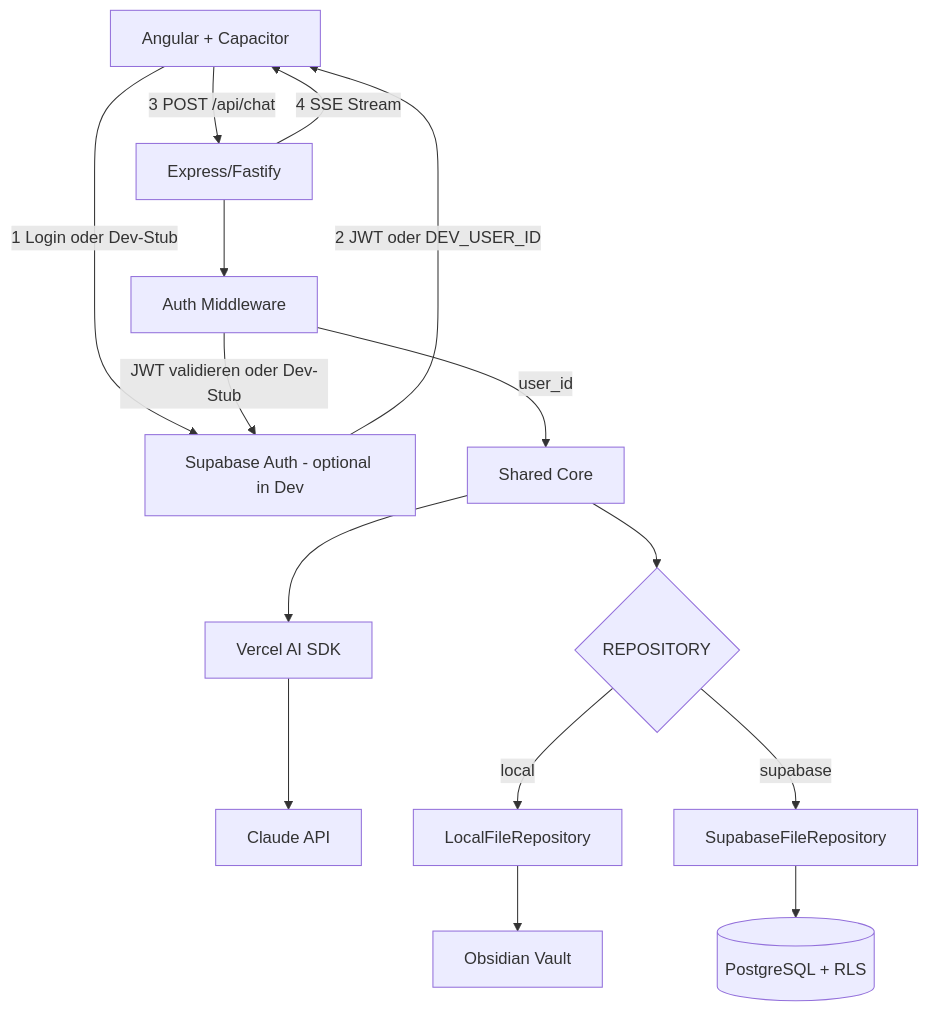
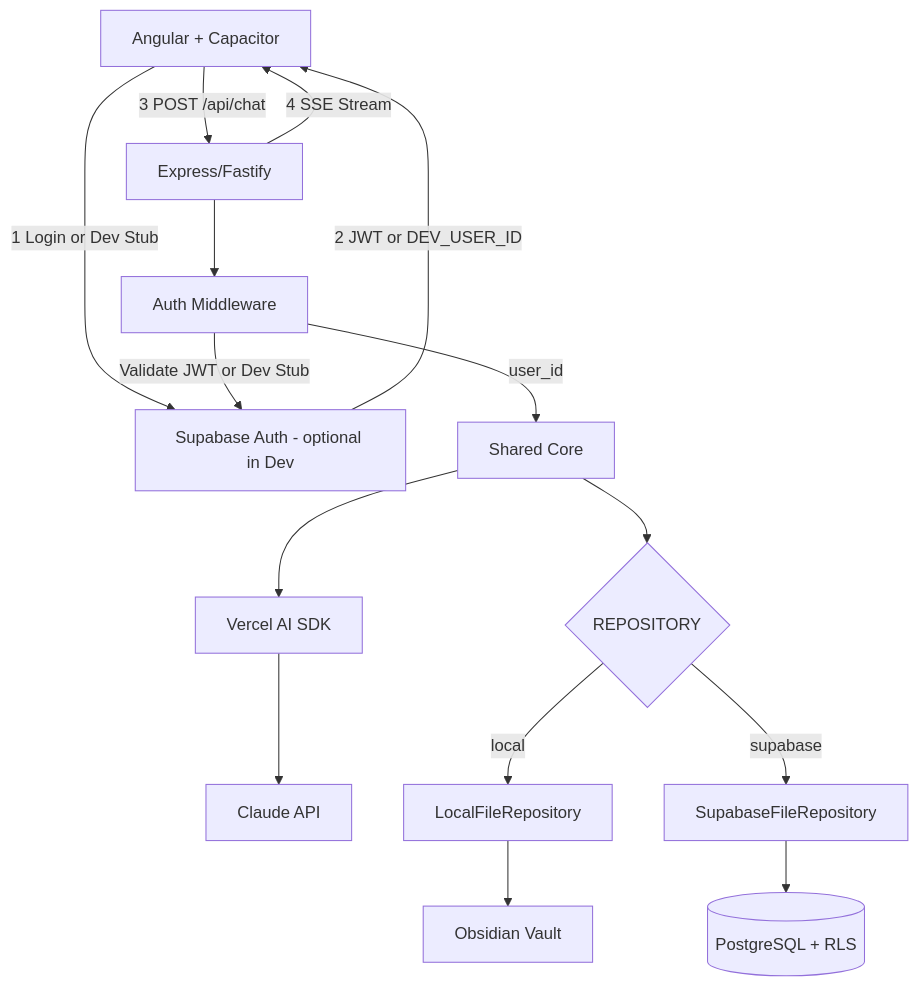
Before and after one commit to lutzleonhardt/keppt-app: the second of 6 diagrams in docs/specs/architecture.md, drawn with Mermaid. The commit also changed other lines of this file and 3 other files, not shown here.

````diff
--- a/docs/specs/architecture.md
+++ b/docs/specs/architecture.md
@@ -22,19 +22,19 @@
 ```mermaid
 graph TD
-    Client[Angular + Capacitor] -->|1 Login oder Dev-Stub| Auth[Supabase Auth - optional in Dev]
-    Auth -->|2 JWT oder DEV_USER_ID| Client
+    Client[Angular + Capacitor] -->|1 Login or Dev Stub| Auth[Supabase Auth - optional in Dev]
+    Auth -->|2 JWT or DEV_USER_ID| Client
     Client -->|3 POST /api/chat| Server[Express/Fastify]
     Server -->|4 SSE Stream| Client
 
     Server --> AuthMW[Auth Middleware]
-    AuthMW -->|JWT validieren oder Dev-Stub| Auth
+    AuthMW -->|Validate JWT or Dev Stub| Auth
     AuthMW -->|user_id| Core[Shared Core]
 
     Core --> AI[Vercel AI SDK]
     AI --> Claude[Claude API]
     Core --> RepoConfig{REPOSITORY}
     RepoConfig -->|local| LocalRepo[LocalFileRepository]
     LocalRepo --> Vault[Obsidian Vault]
     RepoConfig -->|supabase| SupaRepo[SupabaseFileRepository]
     SupaRepo --> DB[(PostgreSQL + RLS)]
 ```
````
